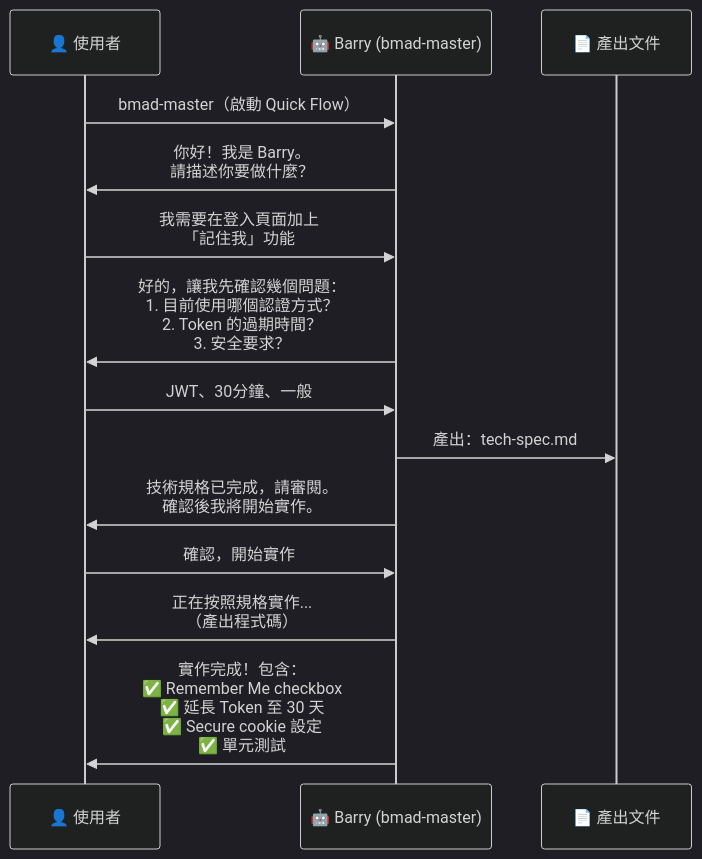
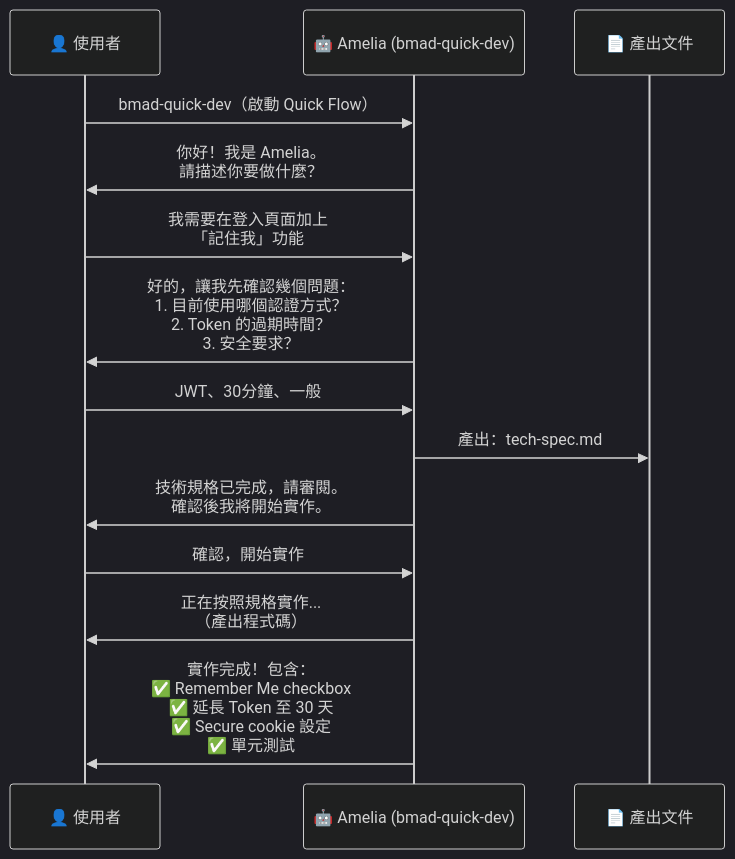
The sixth of 20 diagrams in content/posts/教學/AI開發/BMAD-METHOD使用教學.md (chihhung/Blog), drawn with Mermaid (dark theme) before and after one commit. The commit also changed other lines of this file and 3 other files, not shown here.

Commit message:
更新 AI 開發教學文章：BMAD-METHOD、OpenSpec、oh-my-openagent、opencode 生態系

````diff
--- a/content/posts/教學/AI開發/BMAD-METHOD使用教學.md
+++ b/content/posts/教學/AI開發/BMAD-METHOD使用教學.md
@@ -1097,20 +1119,20 @@
 ```mermaid
 sequenceDiagram
     participant U as 👤 使用者
-    participant B as 🤖 Barry (bmad-master)
+    participant A as 🤖 Amelia (bmad-quick-dev)
     participant F as 📄 產出文件
     
-    U->>B: bmad-master（啟動 Quick Flow）
-    B->>U: 你好！我是 Barry。<br/>請描述你要做什麼？
+    U->>A: bmad-quick-dev（啟動 Quick Flow）
+    A->>U: 你好！我是 Amelia。<br/>請描述你要做什麼？
     
-    U->>B: 我需要在登入頁面加上<br/>「記住我」功能
-    B->>U: 好的，讓我先確認幾個問題：<br/>1. 目前使用哪個認證方式？<br/>2. Token 的過期時間？<br/>3. 安全要求？
+    U->>A: 我需要在登入頁面加上<br/>「記住我」功能
+    A->>U: 好的，讓我先確認幾個問題：<br/>1. 目前使用哪個認證方式？<br/>2. Token 的過期時間？<br/>3. 安全要求？
     
-    U->>B: JWT、30分鐘、一般
-    B->>F: 產出：tech-spec.md
-    B->>U: 技術規格已完成，請審閱。<br/>確認後我將開始實作。
+    U->>A: JWT、30分鐘、一般
+    A->>F: 產出：tech-spec.md
+    A->>U: 技術規格已完成，請審閱。<br/>確認後我將開始實作。
     
-    U->>B: 確認，開始實作
-    B->>U: 正在按照規格實作...<br/>（產出程式碼）
-    B->>U: 實作完成！包含：<br/>✅ Remember Me checkbox<br/>✅ 延長 Token 至 30 天<br/>✅ Secure cookie 設定<br/>✅ 單元測試
+    U->>A: 確認，開始實作
+    A->>U: 正在按照規格實作...<br/>（產出程式碼）
+    A->>U: 實作完成！包含：<br/>✅ Remember Me checkbox<br/>✅ 延長 Token 至 30 天<br/>✅ Secure cookie 設定<br/>✅ 單元測試
 ```
````
